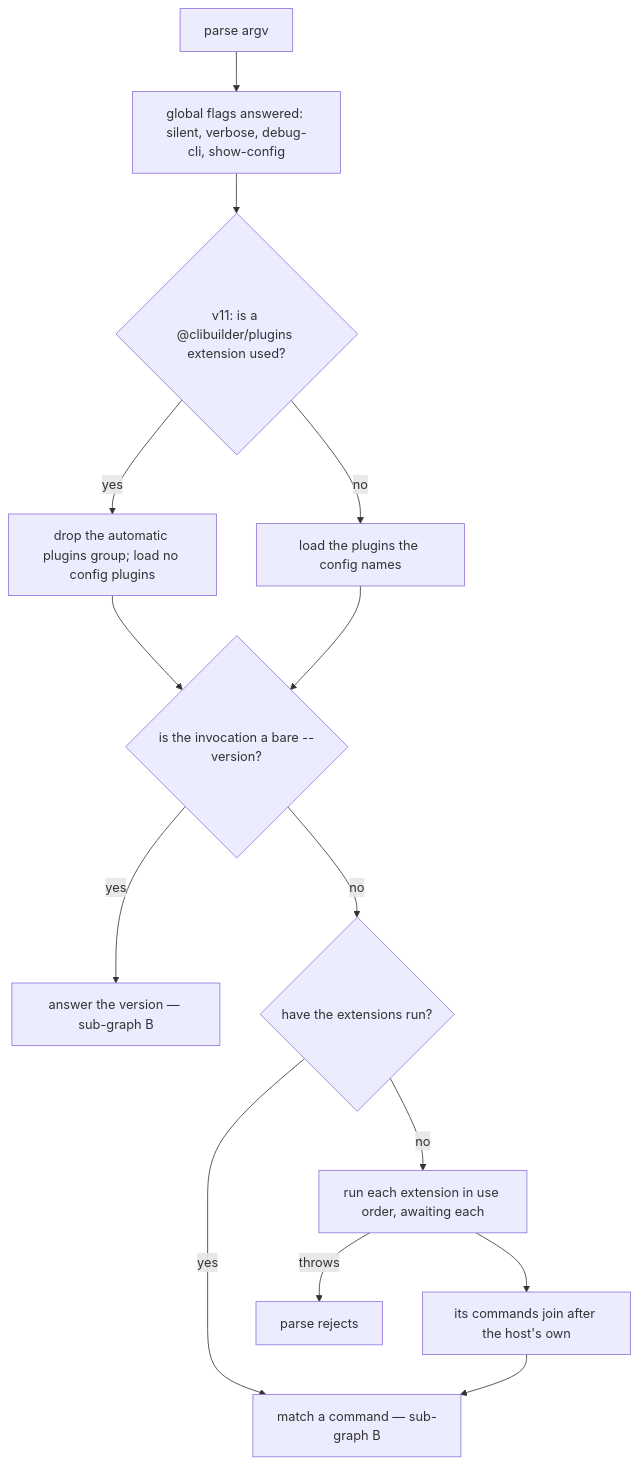
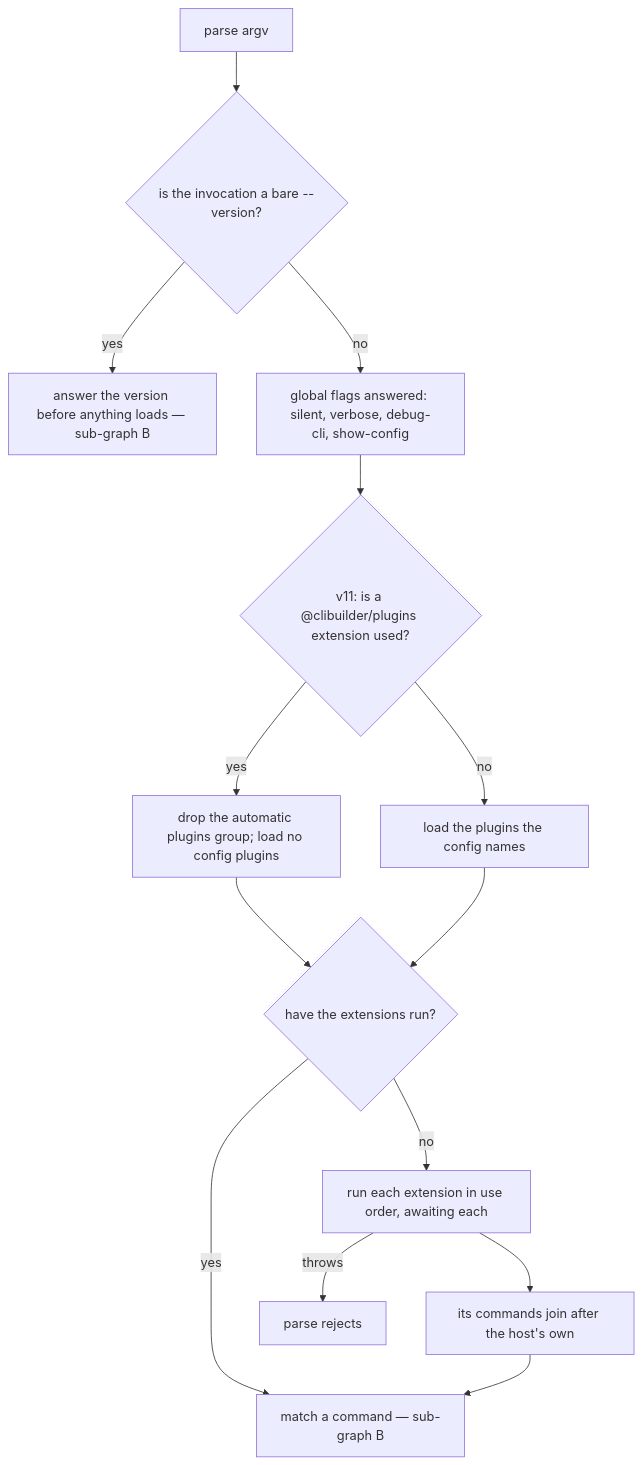
Before and after one commit to clibuilder/clibuilder: the sixth of 6 diagrams in packages/clibuilder/.agents/spec/execution/README.md, drawn with Mermaid. The commit also changed other lines of this file and 13 other files, not shown here.

First line of the commit message:
feat(clibuilder): answer a bare --version before config and plugins load (#661)

````diff
--- a/packages/clibuilder/.agents/spec/execution/README.md
+++ b/packages/clibuilder/.agents/spec/execution/README.md
@@ -434,15 +437,15 @@
 ```mermaid
 graph TD
-  GP[parse argv] --> GGF[global flags answered: silent, verbose, debug-cli, show-config]
+  GP[parse argv] --> GBV{is the invocation a bare --version?}
+  GBV -- yes --> GVER[answer the version before anything loads — sub-graph B]
+  GBV -- no --> GGF[global flags answered: silent, verbose, debug-cli, show-config]
   GGF --> GV1{"v11: is a @clibuilder/plugins extension used?"}
   GV1 -- yes --> GSKIP[drop the automatic plugins group; load no config plugins]
   GV1 -- no --> GCFG[load the plugins the config names]
-  GSKIP --> GBV
-  GCFG --> GBV{is the invocation a bare --version?}
-  GBV -- yes --> GVER[answer the version — sub-graph B]
-  GBV -- no --> GRAN{have the extensions run?}
+  GSKIP --> GRAN
+  GCFG --> GRAN{have the extensions run?}
   GRAN -- yes --> GLOOK
   GRAN -- no --> GEACH[run each extension in use order, awaiting each]
   GEACH --> GADD[its commands join after the host's own] --> GLOOK[match a command — sub-graph B]
   GEACH -- throws --> GREJ[parse rejects]
 ```
````
